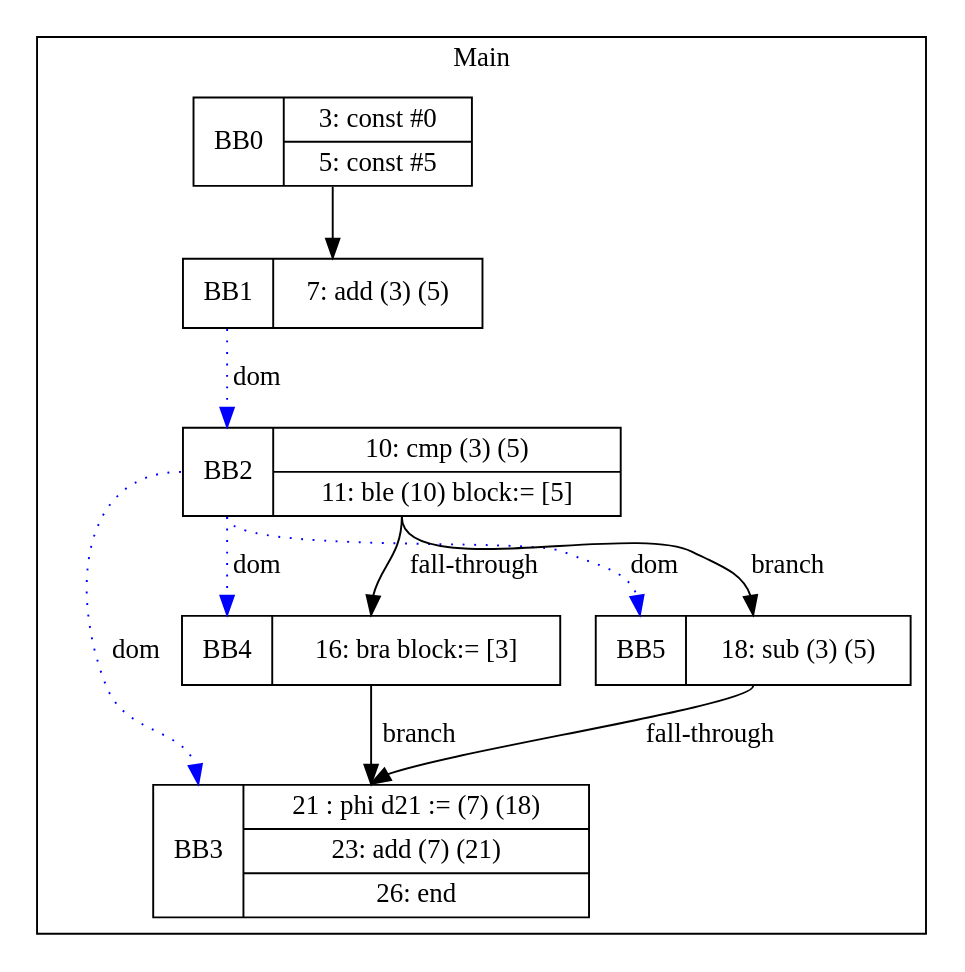
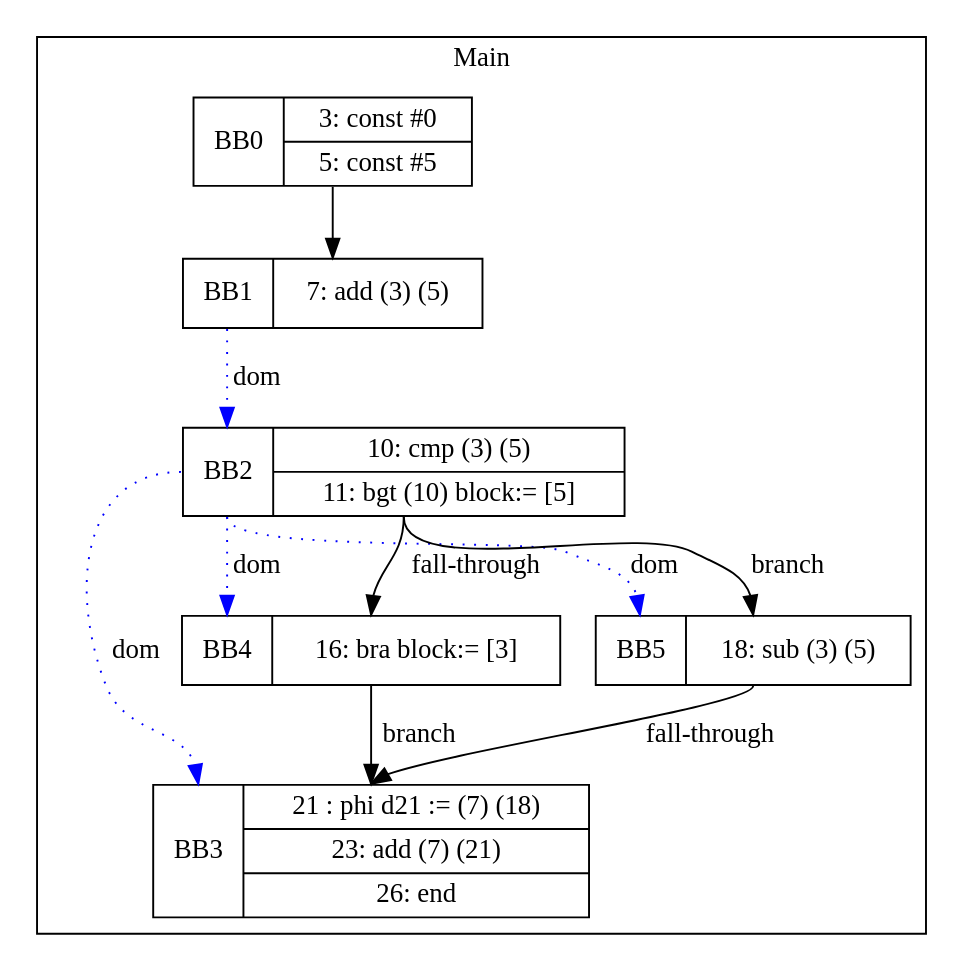
One commit to zjc664656505/UCI-CS241-Advanced-Compiler-main changed the diagram in visualization/ChinHung/if_branch_exist_instruction.gv. Above: the diagram before and after it, drawn with Graphviz. The commit also changed 20 other files, not shown here.

```diff
--- a/visualization/ChinHung/if_branch_exist_instruction.gv
+++ b/visualization/ChinHung/if_branch_exist_instruction.gv
@@ -1,21 +1,21 @@
 digraph G {
 node [shape=record];
 subgraph cluster_main{
 label = "Main";
 BB0 [shape=record, label="<b>BB0|{3: const #0|5: const #5}"];
 BB1 [shape=record, label="<b>BB1|{7: add (3) (5)}"];
-BB2 [shape=record, label="<b>BB2|{10: cmp (3) (5)|11: ble (10) block:= [5]}"];
+BB2 [shape=record, label="<b>BB2|{10: cmp (3) (5)|11: bgt (10) block:= [5]}"];
 BB3 [shape=record, label="<b>BB3|{21 : phi d21 := (7) (18)|23: add (7) (21)|26: end}"];
 BB4 [shape=record, label="<b>BB4|{16: bra block:= [3]}"];
 BB5 [shape=record, label="<b>BB5|{18: sub (3) (5)}"];
 }
 BB0:s -> BB1:n ;
 BB2:b -> BB3:b [color=blue, style=dotted, label="dom"];
 BB2:b -> BB4:b [color=blue, style=dotted, label="dom"];
 BB1:b -> BB2:b [color=blue, style=dotted, label="dom"];
 BB2:b -> BB5:b [color=blue, style=dotted, label="dom"];
 BB2:s -> BB5:n [label="branch"];
 BB4:s -> BB3:n [label="branch"];
 BB5:s -> BB3:n [label="fall-through"];
 BB2:s -> BB4:n [label="fall-through"];
 }
```
